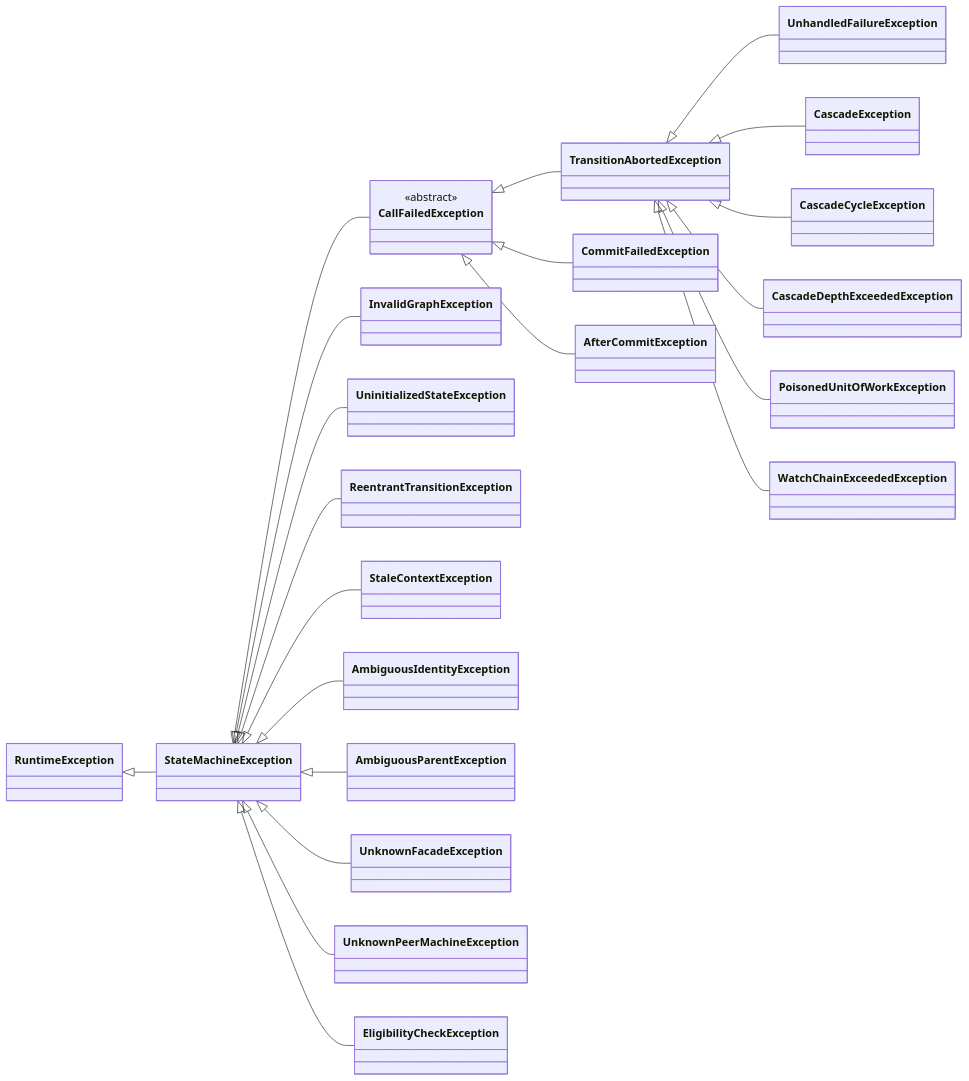
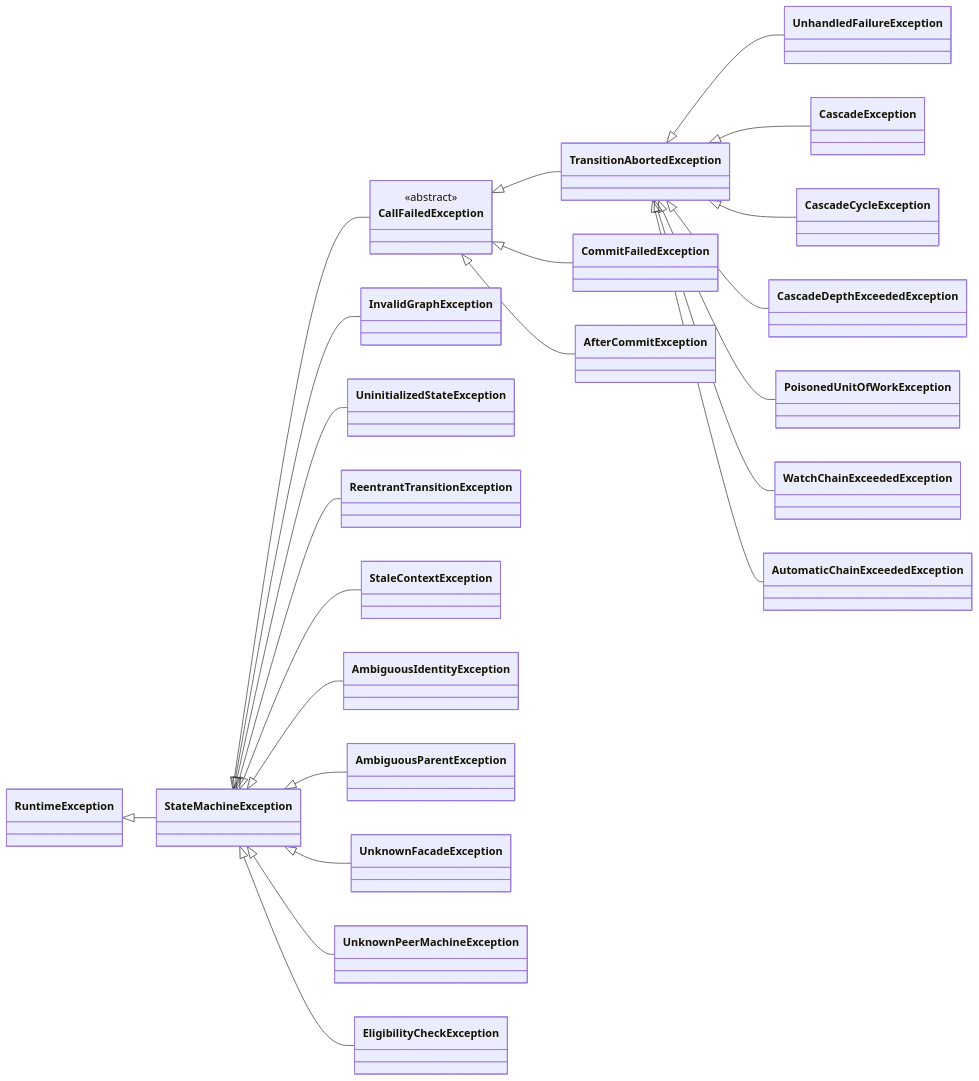
Before and after one commit to graphmaquina/graphmaquina: the diagram in docs/runtime-exceptions.md, drawn with Mermaid. The commit also changed other lines of this file and 62 other files, not shown here.

Commit message:
Chain automatic attempts after each commit

````diff
--- a/docs/runtime-exceptions.md
+++ b/docs/runtime-exceptions.md
@@ -12,27 +12,28 @@
 ```mermaid
 classDiagram
     direction LR
     RuntimeException <|-- StateMachineException
     StateMachineException <|-- CallFailedException
     CallFailedException <|-- TransitionAbortedException
     CallFailedException <|-- CommitFailedException
     CallFailedException <|-- AfterCommitException
     TransitionAbortedException <|-- UnhandledFailureException
     TransitionAbortedException <|-- CascadeException
     TransitionAbortedException <|-- CascadeCycleException
     TransitionAbortedException <|-- CascadeDepthExceededException
     TransitionAbortedException <|-- PoisonedUnitOfWorkException
     TransitionAbortedException <|-- WatchChainExceededException
+    TransitionAbortedException <|-- AutomaticChainExceededException
     StateMachineException <|-- InvalidGraphException
     StateMachineException <|-- UninitializedStateException
     StateMachineException <|-- ReentrantTransitionException
     StateMachineException <|-- StaleContextException
     StateMachineException <|-- AmbiguousIdentityException
     StateMachineException <|-- AmbiguousParentException
     StateMachineException <|-- UnknownFacadeException
     StateMachineException <|-- UnknownPeerMachineException
     StateMachineException <|-- EligibilityCheckException
     class CallFailedException {
         <<abstract>>
     }
 ```
````
